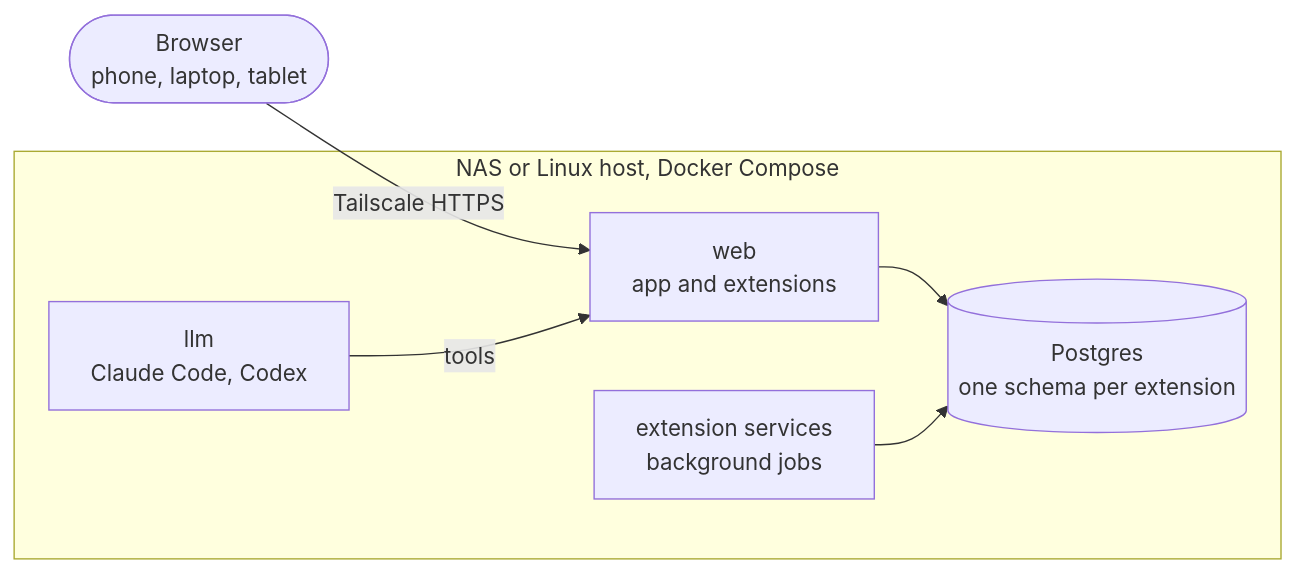
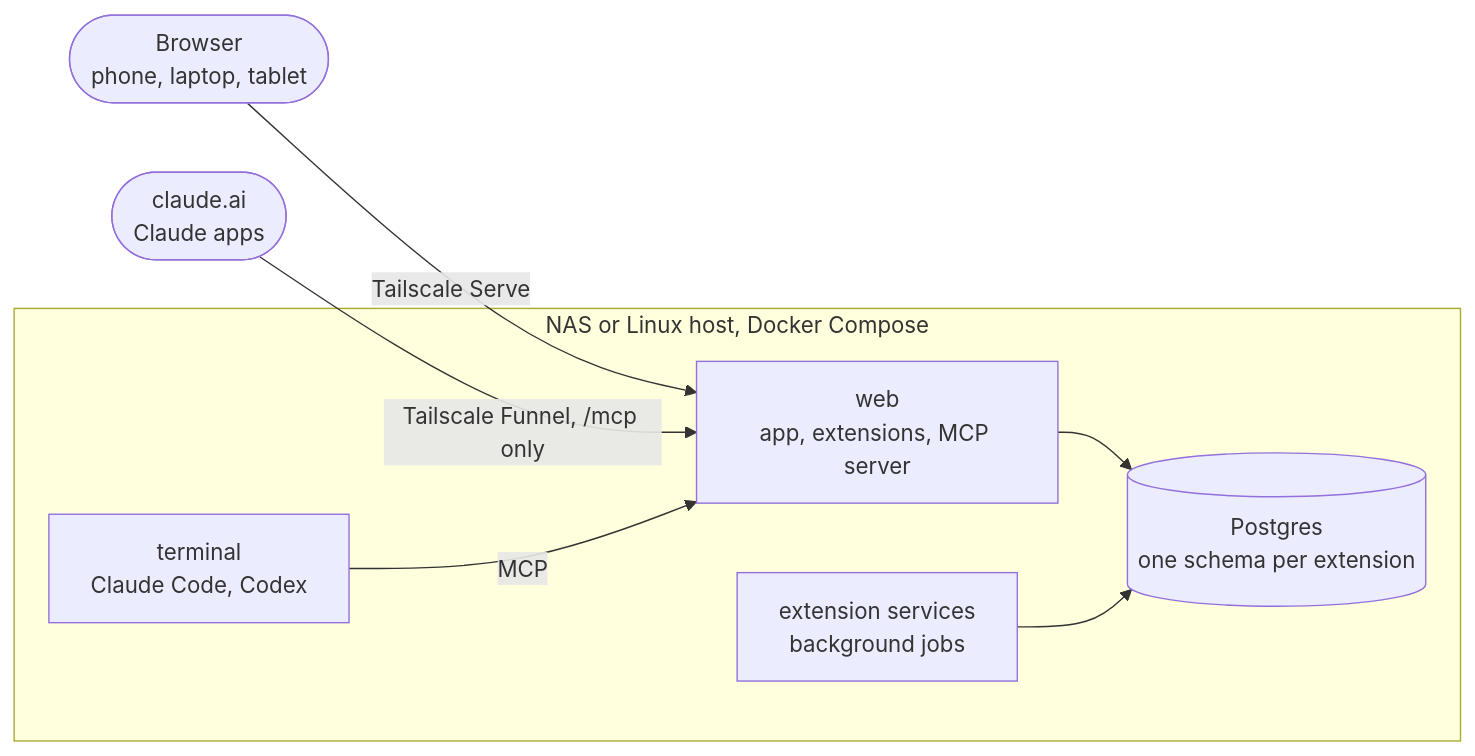
One commit to b-niamin/assistant changed the diagram in README.md. Above: the diagram before and after it, drawn with Mermaid. The commit also changed other lines of this file and 75 other files, not shown here.

First line of the commit message:
Claude connector: the MCP server for claude.ai; Remote Control goes, a lock shows the terminal

````diff
--- a/README.md
+++ b/README.md
@@ -63,9 +63,10 @@
 ```mermaid
 flowchart LR
-  you(["Browser<br/>phone, laptop, tablet"]) -- "Tailscale HTTPS" --> web
+  you(["Browser<br/>phone, laptop, tablet"]) -- "Tailscale Serve" --> web
+  claude(["claude.ai<br/>Claude apps"]) -- "Tailscale Funnel, /mcp only" --> web
   subgraph box ["NAS or Linux host, Docker Compose"]
-    llm["llm<br/>Claude Code, Codex"] -- "tools" --> web["web<br/>app and extensions"]
+    term["terminal<br/>Claude Code, Codex"] -- "MCP" --> web["web<br/>app, extensions, MCP server"]
     web --> db[("Postgres<br/>one schema per extension")]
     svc["extension services<br/>background jobs"] --> db
   end
 ```
````
